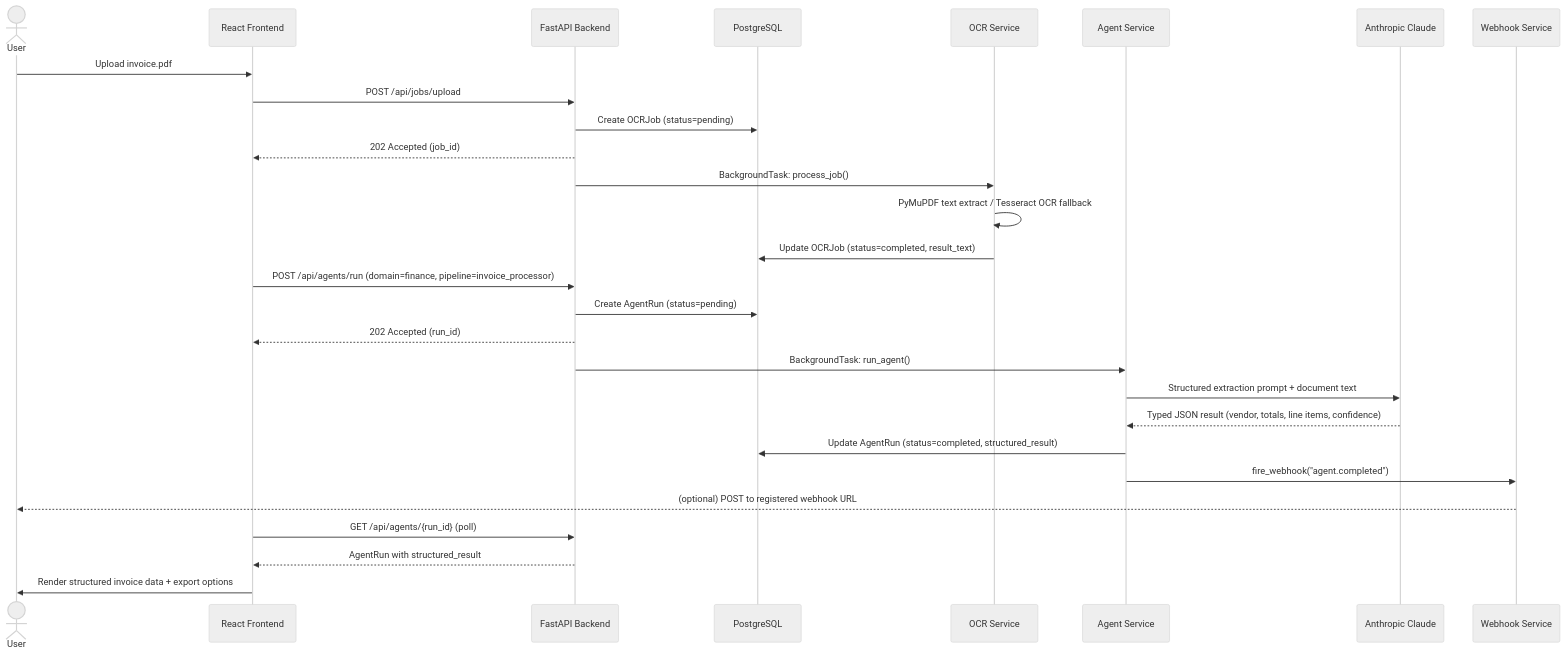
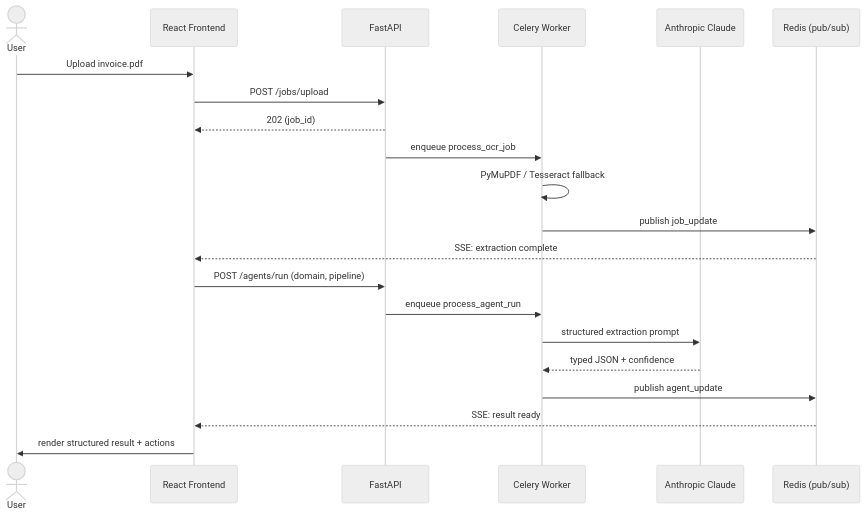
Before and after one commit to Git-me-Harish/TextLens: the second of 5 diagrams in README.md, drawn with Mermaid (neutral theme). The commit also changed other lines of this file and 1 other file, not shown here.

````diff
--- a/README.md
+++ b/README.md
@@ -169,33 +154,25 @@
 ```mermaid
 sequenceDiagram
     actor User
     participant FE as React Frontend
-    participant API as FastAPI Backend
-    participant DB as PostgreSQL
-    participant OCR as OCR Service
-    participant Agent as Agent Service
+    participant API as FastAPI
+    participant Worker as Celery Worker
     participant Claude as Anthropic Claude
-    participant WH as Webhook Service
+    participant Redis as Redis (pub/sub)
 
     User->>FE: Upload invoice.pdf
-    FE->>API: POST /api/jobs/upload
-    API->>DB: Create OCRJob (status=pending)
-    API-->>FE: 202 Accepted (job_id)
-    API->>OCR: BackgroundTask: process_job()
-    OCR->>OCR: PyMuPDF text extract / Tesseract OCR fallback
-    OCR->>DB: Update OCRJob (status=completed, result_text)
+    FE->>API: POST /jobs/upload
+    API-->>FE: 202 (job_id)
+    API->>Worker: enqueue process_ocr_job
+    Worker->>Worker: PyMuPDF / Tesseract fallback
+    Worker->>Redis: publish job_update
+    Redis-->>FE: SSE: extraction complete
 
-    FE->>API: POST /api/agents/run (domain=finance, pipeline=invoice_processor)
-    API->>DB: Create AgentRun (status=pending)
-    API-->>FE: 202 Accepted (run_id)
-    API->>Agent: BackgroundTask: run_agent()
-    Agent->>Claude: Structured extraction prompt + document text
-    Claude-->>Agent: Typed JSON result (vendor, totals, line items, confidence)
-    Agent->>DB: Update AgentRun (status=completed, structured_result)
-    Agent->>WH: fire_webhook("agent.completed")
-    WH-->>User: (optional) POST to registered webhook URL
-
-    FE->>API: GET /api/agents/{run_id} (poll)
-    API-->>FE: AgentRun with structured_result
-    FE->>User: Render structured invoice data + export options
+    FE->>API: POST /agents/run (domain, pipeline)
+    API->>Worker: enqueue process_agent_run
+    Worker->>Claude: structured extraction prompt
+    Claude-->>Worker: typed JSON + confidence
+    Worker->>Redis: publish agent_update
+    Redis-->>FE: SSE: result ready
+    FE->>User: render structured result + actions
 ```
````
